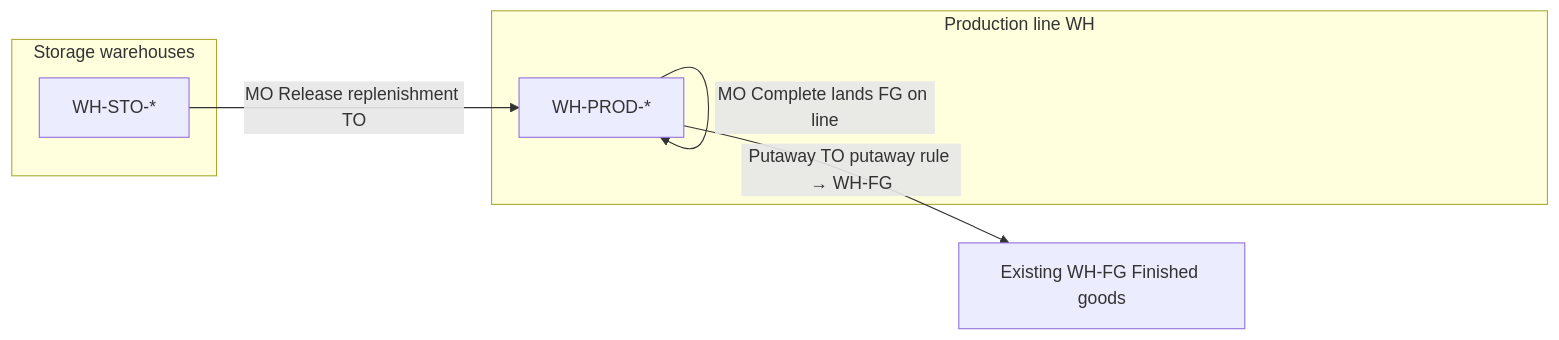
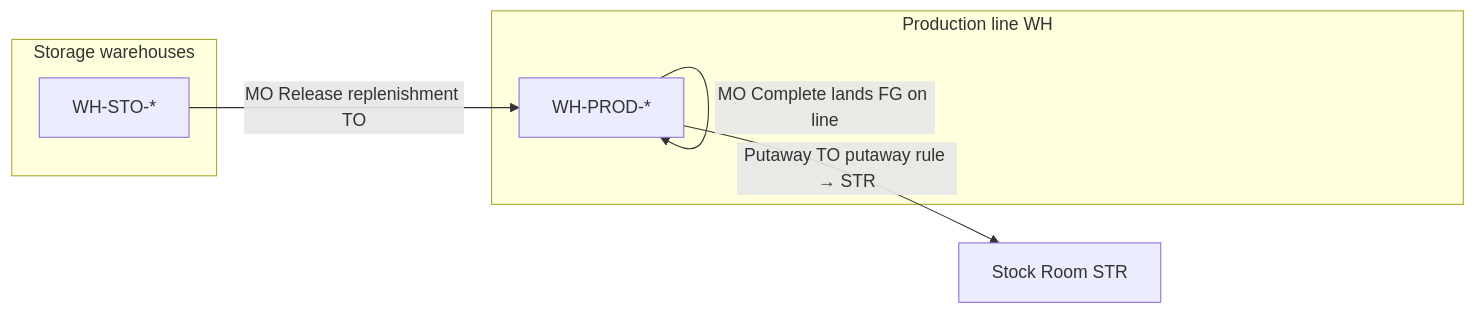
The diagram in backend/ops-scripts/README.md (anvendesing/pvsresponse), drawn with Mermaid before and after one commit. The commit also changed other lines of this file and 15 other files, not shown here.

First line of the commit message:
feat: Farm Shop and Stock Room zone layouts with prune scripts

````diff
--- a/backend/ops-scripts/README.md
+++ b/backend/ops-scripts/README.md
@@ -34,14 +34,14 @@
 ```mermaid
 flowchart LR
   subgraph storage [Storage warehouses]
     Raw[WH-STO-*]
   end
   subgraph line [Production line WH]
     ProdWH[WH-PROD-*]
   end
-  FG[Existing WH-FG Finished goods]
+  FG[Stock Room STR]
   Raw -->|"MO Release replenishment TO"| ProdWH
   ProdWH -->|"MO Issue"| ProdWH
   ProdWH -->|"MO Complete lands FG on line"| ProdWH
-  ProdWH -->|"Putaway TO putaway rule → WH-FG"| FG
+  ProdWH -->|"Putaway TO putaway rule → STR"| FG
 ```
````
